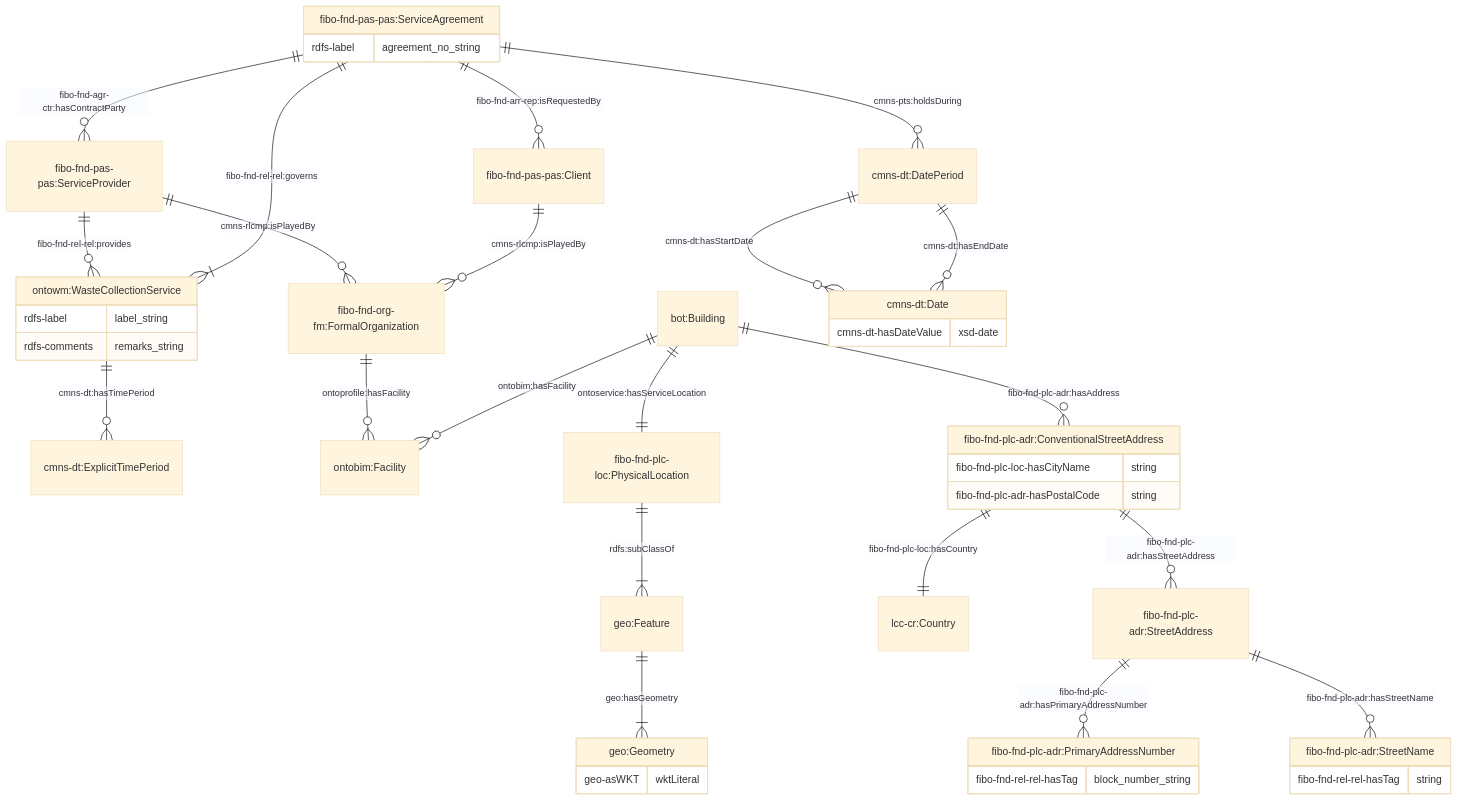
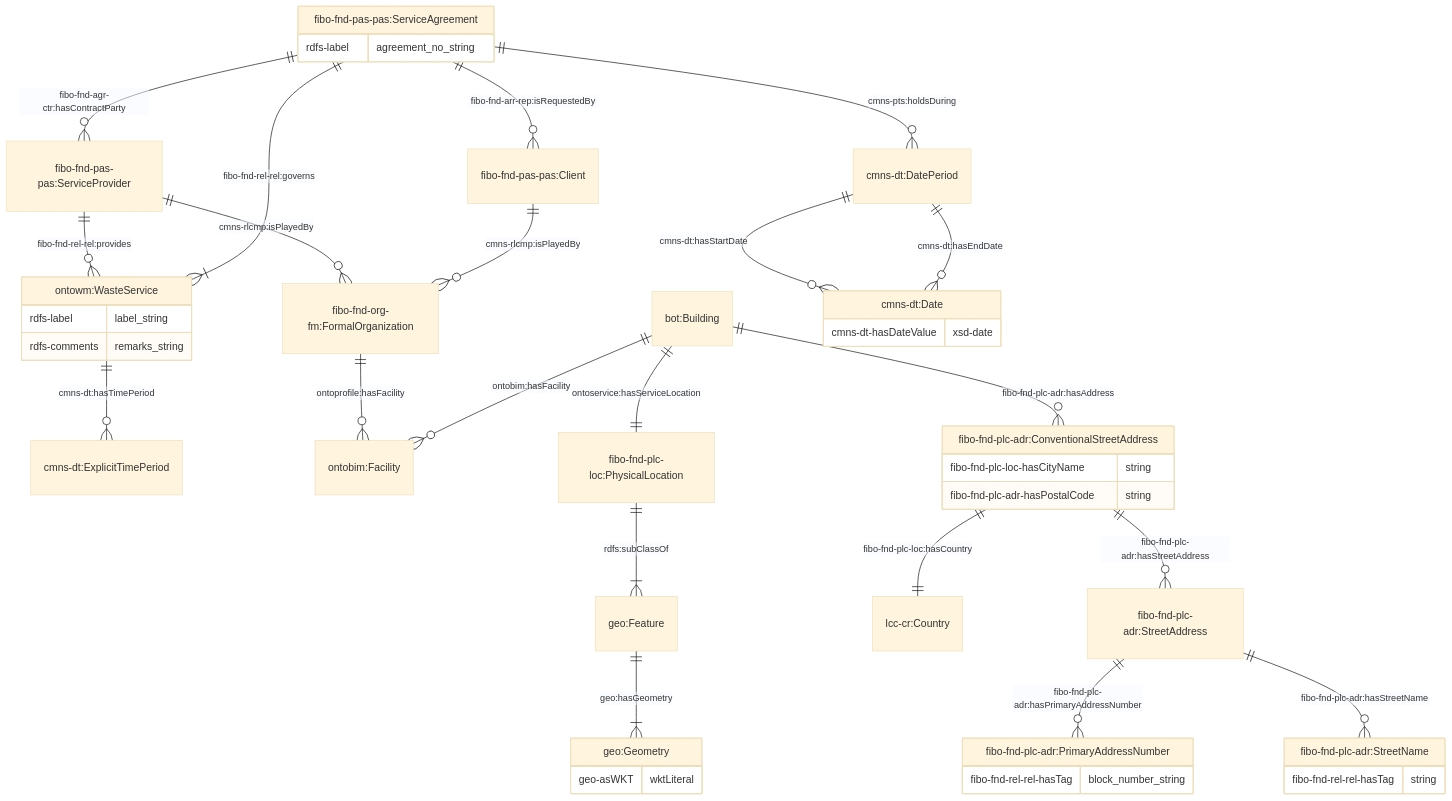
One commit to cambridge-cares/TheWorldAvatar changed the first of 11 diagrams in JPS_Ontology/ontology/ontowastemanagement/README.md. Above: the diagram before and after it, drawn with Mermaid (base theme). The commit also changed other lines of this file and 2 other files, not shown here.

Commit message:
dev-ontowastemanagement: collate waste services into a wasteservice concept

````diff
--- a/JPS_Ontology/ontology/ontowastemanagement/README.md
+++ b/JPS_Ontology/ontology/ontowastemanagement/README.md
@@ -70,54 +70,54 @@
 ```mermaid
     erDiagram
     "fibo-fnd-pas-pas:ServiceAgreement" {
         rdfs-label agreement_no_string
     }
     "fibo-fnd-pas-pas:ServiceAgreement" ||--o{ "fibo-fnd-pas-pas:Client" : "fibo-fnd-arr-rep:isRequestedBy"
     "fibo-fnd-pas-pas:ServiceAgreement" ||--o{ "fibo-fnd-pas-pas:ServiceProvider" : "fibo-fnd-agr-ctr:hasContractParty"
 
     "fibo-fnd-pas-pas:ServiceProvider" ||--o{ "fibo-fnd-org-fm:FormalOrganization"  : "cmns-rlcmp:isPlayedBy"
-    "fibo-fnd-pas-pas:ServiceProvider" ||--o{ "ontowm:WasteCollectionService"  : "fibo-fnd-rel-rel:provides"
+    "fibo-fnd-pas-pas:ServiceProvider" ||--o{ "ontowm:WasteService"  : "fibo-fnd-rel-rel:provides"
 
     "fibo-fnd-pas-pas:Client" ||--o{ "fibo-fnd-org-fm:FormalOrganization"  : "cmns-rlcmp:isPlayedBy"
 
-    "fibo-fnd-pas-pas:ServiceAgreement" ||--|{ "ontowm:WasteCollectionService" : "fibo-fnd-rel-rel:governs"
-    "ontowm:WasteCollectionService" ||--o{ "cmns-dt:ExplicitTimePeriod" : "cmns-dt:hasTimePeriod"
-    "ontowm:WasteCollectionService" {
+    "fibo-fnd-pas-pas:ServiceAgreement" ||--|{ "ontowm:WasteService" : "fibo-fnd-rel-rel:governs"
+    "ontowm:WasteService" ||--o{ "cmns-dt:ExplicitTimePeriod" : "cmns-dt:hasTimePeriod"
+    "ontowm:WasteService" {
         rdfs-label label_string
         rdfs-comments remarks_string
     }
 
     "fibo-fnd-org-fm:FormalOrganization" ||--o{ "ontobim:Facility" : "ontoprofile:hasFacility "
 
     "bot:Building" ||--|| "fibo-fnd-plc-loc:PhysicalLocation" : "ontoservice:hasServiceLocation"
     "fibo-fnd-plc-loc:PhysicalLocation" ||--|{ "geo:Feature" : "rdfs:subClassOf"
     "geo:Feature" ||--|{ "geo:Geometry" : "geo:hasGeometry"
     "geo:Geometry" {
         geo-asWKT wktLiteral
     }
 
     "bot:Building" ||--o{ "ontobim:Facility" : "ontobim:hasFacility "
     "bot:Building" ||--o{ "fibo-fnd-plc-adr:ConventionalStreetAddress" : "fibo-fnd-plc-adr:hasAddress"
     "fibo-fnd-plc-adr:ConventionalStreetAddress" ||--|| "lcc-cr:Country" : "fibo-fnd-plc-loc:hasCountry"
     "fibo-fnd-plc-adr:ConventionalStreetAddress" ||--o{ "fibo-fnd-plc-adr:StreetAddress" : "fibo-fnd-plc-adr:hasStreetAddress"
     "fibo-fnd-plc-adr:ConventionalStreetAddress" {
         fibo-fnd-plc-loc-hasCityName string
         fibo-fnd-plc-adr-hasPostalCode string
     }
     "fibo-fnd-plc-adr:StreetAddress" ||--o{ "fibo-fnd-plc-adr:PrimaryAddressNumber" : "fibo-fnd-plc-adr:hasPrimaryAddressNumber"
     "fibo-fnd-plc-adr:StreetAddress" ||--o{ "fibo-fnd-plc-adr:StreetName" : "fibo-fnd-plc-adr:hasStreetName"
 
     "fibo-fnd-plc-adr:PrimaryAddressNumber" {
         fibo-fnd-rel-rel-hasTag block_number_string
     }
     "fibo-fnd-plc-adr:StreetName" {
         fibo-fnd-rel-rel-hasTag string
     }
 
     "fibo-fnd-pas-pas:ServiceAgreement" ||--o{ "cmns-dt:DatePeriod" : "cmns-pts:holdsDuring"
     "cmns-dt:DatePeriod" ||--o{ "cmns-dt:Date" : "cmns-dt:hasStartDate"
     "cmns-dt:DatePeriod" ||--o{ "cmns-dt:Date" : "cmns-dt:hasEndDate"
     "cmns-dt:Date" {
         cmns-dt-hasDateValue xsd-date
     }
 ```
````
